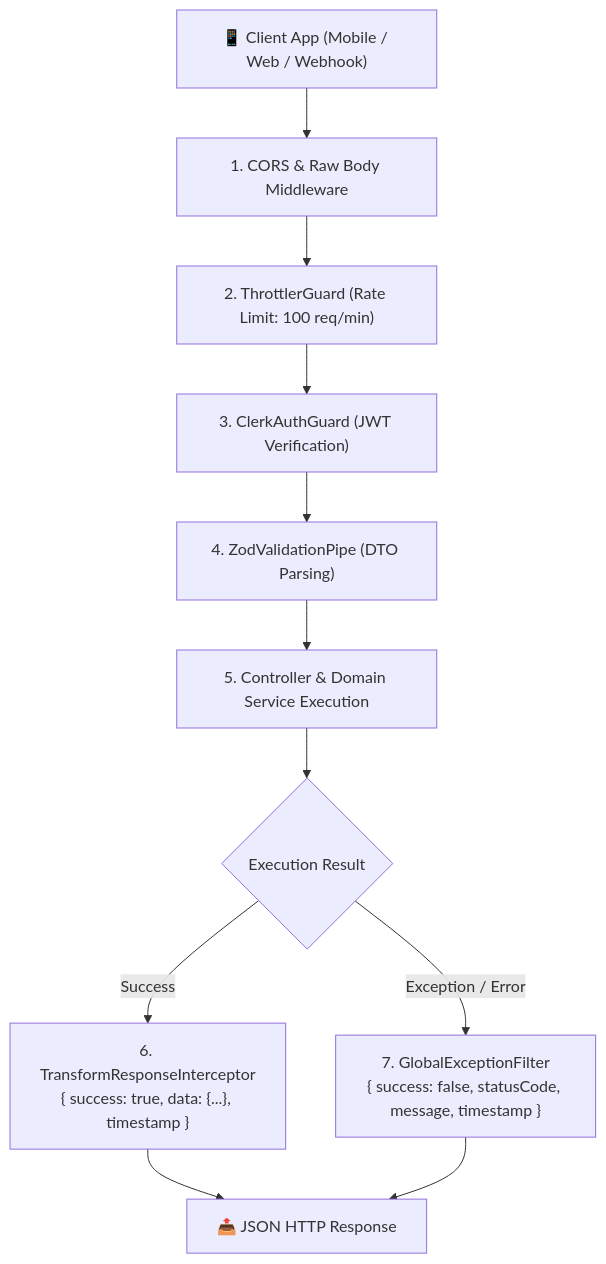
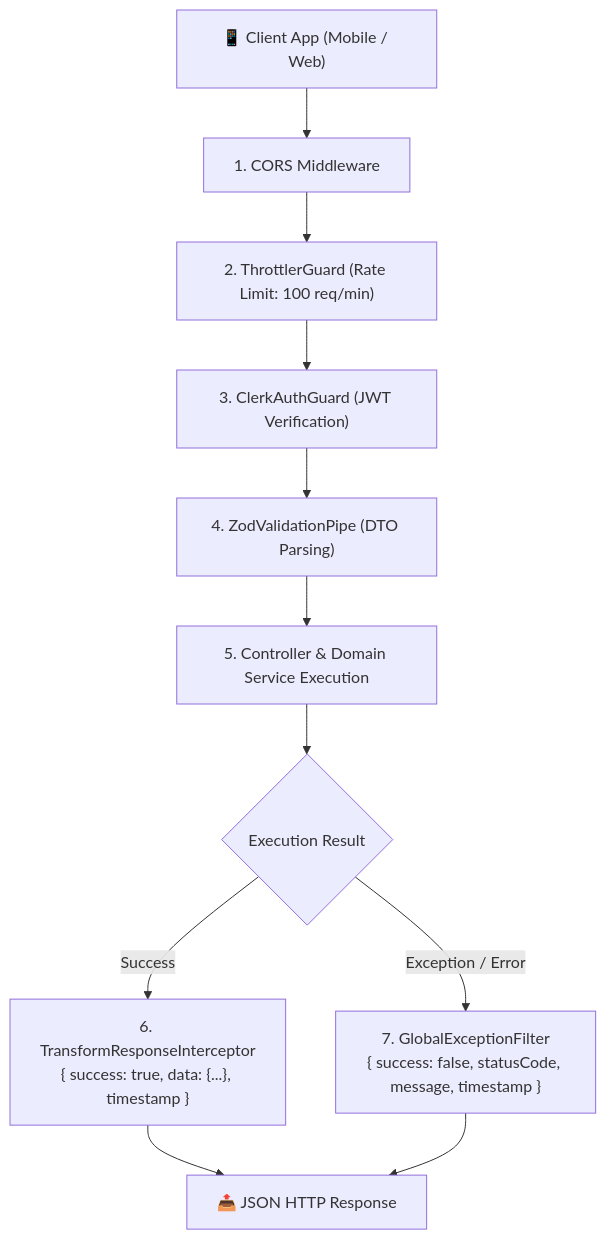
Before and after one commit to likha-innovations/sagana-backend: the diagram in docs/overview/system-architecture.md, drawn with Mermaid. The commit also changed other lines of this file and 18 other files, not shown here.

````diff
--- a/docs/overview/system-architecture.md
+++ b/docs/overview/system-architecture.md
@@ -11,15 +11,15 @@
 ```mermaid
 flowchart TD
-    Client["📱 Client App (Mobile / Web / Webhook)"] --> Middleware["1. CORS & Raw Body Middleware"]
+    Client["📱 Client App (Mobile / Web)"] --> Middleware["1. CORS Middleware"]
     Middleware --> Throttler["2. ThrottlerGuard (Rate Limit: 100 req/min)"]
     Throttler --> Auth["3. ClerkAuthGuard (JWT Verification)"]
     Auth --> Validation["4. ZodValidationPipe (DTO Parsing)"]
     Validation --> Handler["5. Controller & Domain Service Execution"]
     
     Handler --> Result{Execution Result}
     Result -->|Success| Interceptor["6. TransformResponseInterceptor<br/>{ success: true, data: {...}, timestamp }"]
     Result -->|Exception / Error| Filter["7. GlobalExceptionFilter<br/>{ success: false, statusCode, message, timestamp }"]
     
     Interceptor --> Response["📤 JSON HTTP Response"]
     Filter --> Response
 ```
````
